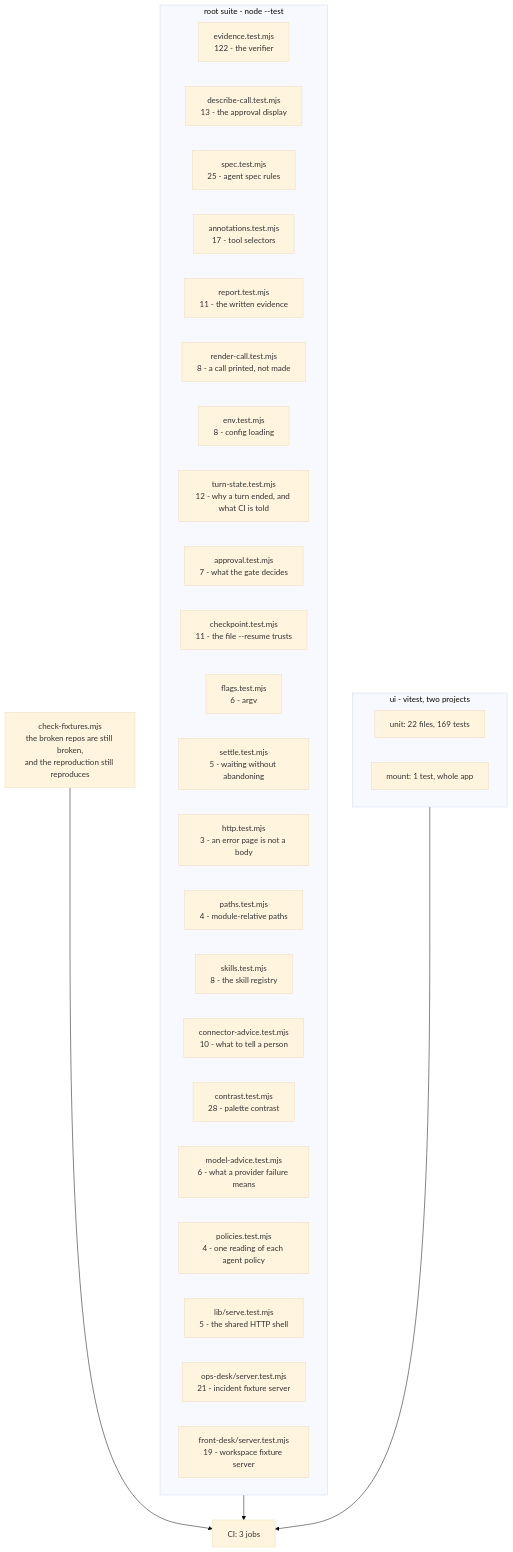
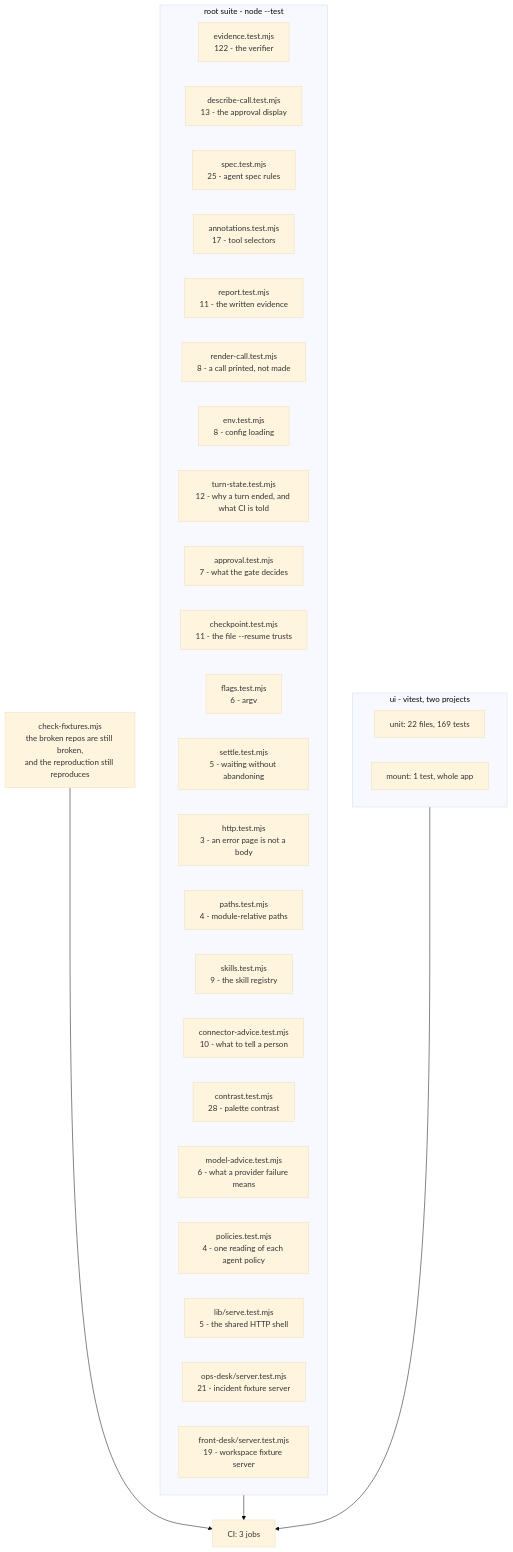
Before and after one commit to manumishra12/quartermaster: the diagram in TESTING.md, drawn with Mermaid (base theme). The commit also changed other lines of this file and 6 other files, not shown here.

````diff
--- a/TESTING.md
+++ b/TESTING.md
@@ -30,38 +30,38 @@
 ```mermaid
 flowchart TD
   subgraph root["root suite - node --test"]
     EV["evidence.test.mjs<br/>122 - the verifier"]
     DC["describe-call.test.mjs<br/>13 - the approval display"]
     SP["spec.test.mjs<br/>25 - agent spec rules"]
     AN["annotations.test.mjs<br/>17 - tool selectors"]
     RP["report.test.mjs<br/>11 - the written evidence"]
     RC["render-call.test.mjs<br/>8 - a call printed, not made"]
     EN["env.test.mjs<br/>8 - config loading"]
     TS["turn-state.test.mjs<br/>12 - why a turn ended, and what CI is told"]
     AP["approval.test.mjs<br/>7 - what the gate decides"]
     CK["checkpoint.test.mjs<br/>11 - the file --resume trusts"]
     FL["flags.test.mjs<br/>6 - argv"]
     ST["settle.test.mjs<br/>5 - waiting without abandoning"]
     HT["http.test.mjs<br/>3 - an error page is not a body"]
     PA["paths.test.mjs<br/>4 - module-relative paths"]
-    SK["skills.test.mjs<br/>8 - the skill registry"]
+    SK["skills.test.mjs<br/>9 - the skill registry"]
     CA["connector-advice.test.mjs<br/>10 - what to tell a person"]
     CO["contrast.test.mjs<br/>28 - palette contrast"]
     MA["model-advice.test.mjs<br/>6 - what a provider failure means"]
     PO["policies.test.mjs<br/>4 - one reading of each agent policy"]
     SV["lib/serve.test.mjs<br/>5 - the shared HTTP shell"]
     OD["ops-desk/server.test.mjs<br/>21 - incident fixture server"]
     FD["front-desk/server.test.mjs<br/>19 - workspace fixture server"]
   end
 
   subgraph ui["ui - vitest, two projects"]
     U1["unit: 22 files, 169 tests"]
     U2["mount: 1 test, whole app"]
   end
 
   FX["check-fixtures.mjs<br/>the broken repos are still broken,<br/>and the reproduction still reproduces"]
 
   root --> CI["CI: 3 jobs"]
   ui --> CI
   FX --> CI
 ```
````
